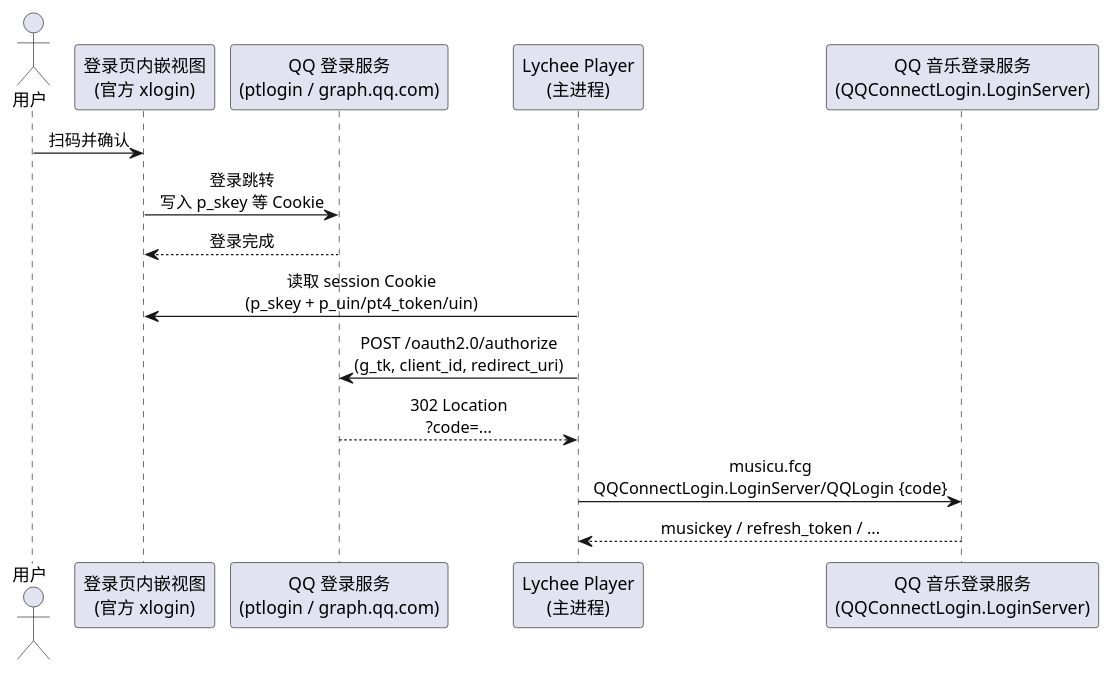
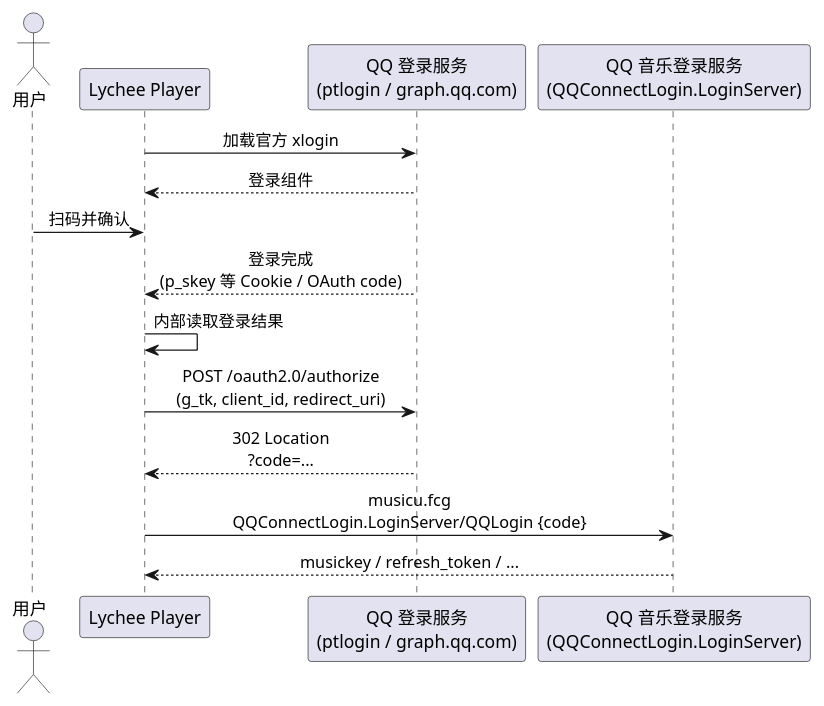
The diagram in diagram/prov-login.puml (54m43lJ/LycheePlayer), drawn with PlantUML before and after one commit. The commit also changed 13 other files, not shown here.

Commit message:
docs: 按审计决策修订 A/B/C 组文档与图表

```diff
--- a/diagram/prov-login.puml
+++ b/diagram/prov-login.puml
@@ -1,19 +1,19 @@
 @startuml prov-login
 skinparam shadowing false
 skinparam defaultTextAlignment center
 
 actor 用户 as U
-participant "登录页内嵌视图\n(官方 xlogin)" as XW
+participant "Lychee Player" as APP
 participant "QQ 登录服务\n(ptlogin / graph.qq.com)" as QQ
-participant "Lychee Player\n(主进程)" as APP
 participant "QQ 音乐登录服务\n(QQConnectLogin.LoginServer)" as QM
 
-U -> XW : 扫码并确认
-XW -> QQ : 登录跳转\n写入 p_skey 等 Cookie
-QQ --> XW : 登录完成
-APP -> XW : 读取 session Cookie\n(p_skey + p_uin/pt4_token/uin)
+APP -> QQ : 加载官方 xlogin
+QQ --> APP : 登录组件
+U -> APP : 扫码并确认
+QQ --> APP : 登录完成\n(p_skey 等 Cookie / OAuth code)
+APP -> APP : 内部读取登录结果
 APP -> QQ : POST /oauth2.0/authorize\n(g_tk, client_id, redirect_uri)
 QQ --> APP : 302 Location\n?code=...
 APP -> QM : musicu.fcg\nQQConnectLogin.LoginServer/QQLogin {code}
 QM --> APP : musickey / refresh_token / ...
 @enduml
```
